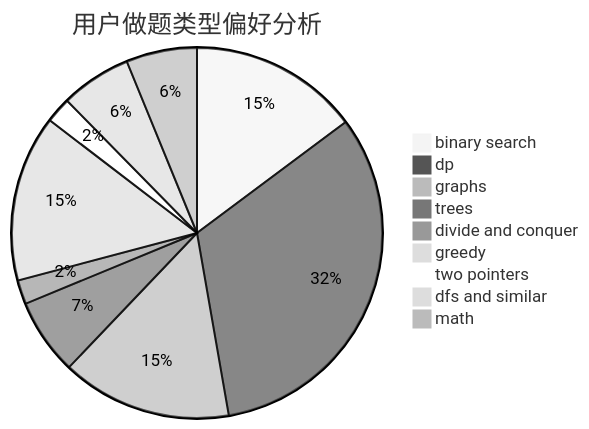
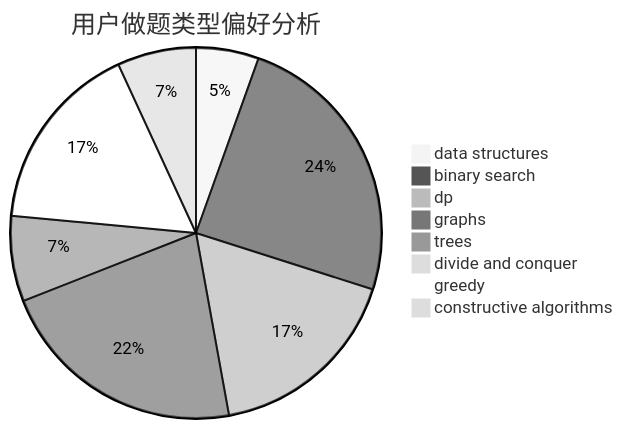
The second of 3 diagrams in docs/user/u459.md (sherpahu/cfrs.github.io), drawn with Mermaid (neutral theme) before and after one commit. The commit also changed other lines of this file and 2775 other files, not shown here.

````diff
--- a/docs/user/u459.md
+++ b/docs/user/u459.md
@@ -23,12 +23,11 @@
 ```mermaid
 pie title 用户做题类型偏好分析
-    "binary search" :  218
-    "dp" :  478
-    "graphs" :  219
-    "trees" :  98
-    "divide and conquer" :  31
-    "greedy" :  214
-    "two pointers" :  33
-    "dfs and similar" :  91
-    "math" :  91
+    "data structures" :  47
+    "binary search" :  210
+    "dp" :  148
+    "graphs" :  188
+    "trees" :  64
+    "divide and conquer" :  0
+    "greedy" :  143
+    "constructive algorithms" :  59
 ```
````
